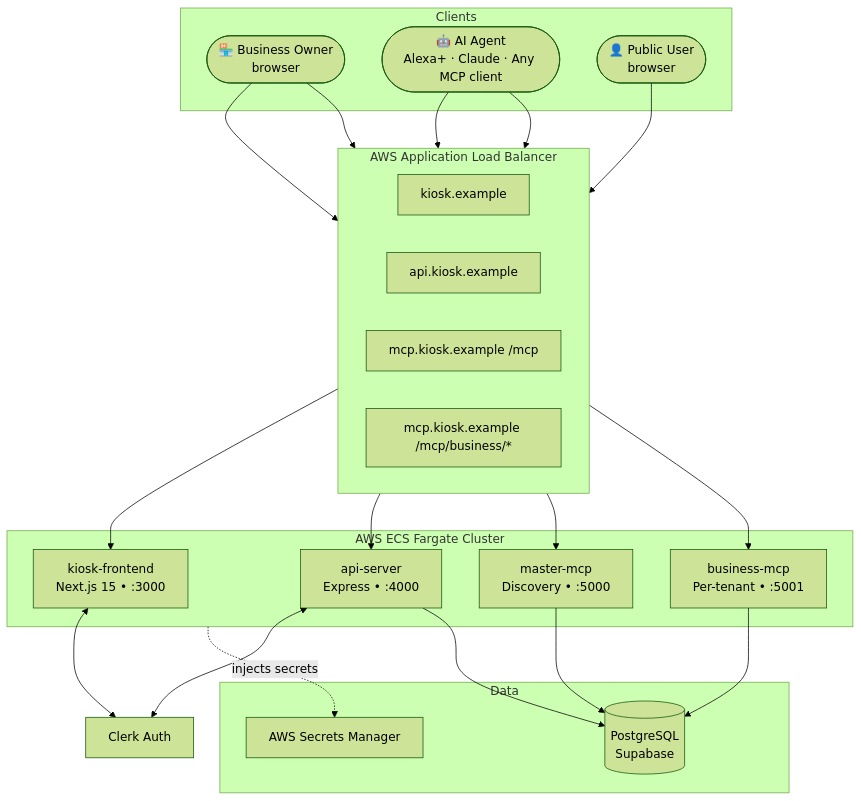
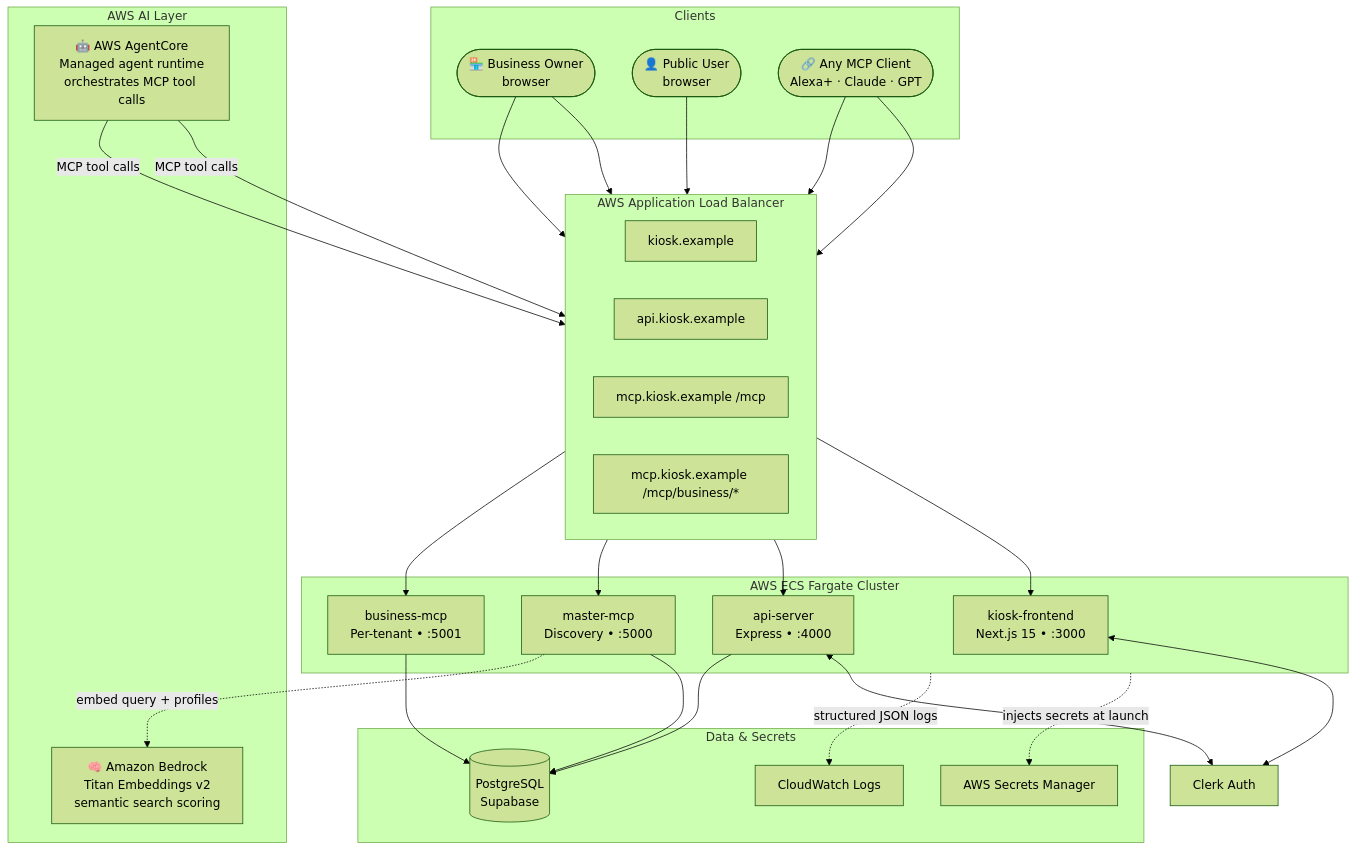
The first of 6 diagrams in README.md (De-real-iManuel/Kiosk-mcp), drawn with Mermaid (forest theme) before and after one commit. The commit also changed other lines of this file and 2 other files, not shown here.

First line of the commit message:
docs: expand README with problem statement and architecture clarity

````diff
--- a/README.md
+++ b/README.md
@@ -53,43 +91,53 @@
 ```mermaid
 flowchart TB
-    subgraph Clients
+    subgraph Clients["Clients"]
         BO(["🏪 Business Owner\nbrowser"])
-        AI(["🤖 AI Agent\nAlexa+ · Claude · Any MCP client"])
         HU(["👤 Public User\nbrowser"])
+        AI(["🔗 Any MCP Client\nAlexa+ · Claude · GPT"])
+    end
+
+    subgraph AWS_AI["AWS AI Layer"]
+        AC["🤖 AWS AgentCore\nManaged agent runtime\norchestrates MCP tool calls"]
+        BR["🧠 Amazon Bedrock\nTitan Embeddings v2\nsemantic search scoring"]
     end
 
     subgraph AWS_ALB["AWS Application Load Balancer"]
         direction LR
         R1["kiosk.example"]
         R2["api.kiosk.example"]
         R3["mcp.kiosk.example /mcp"]
         R4["mcp.kiosk.example /mcp/business/*"]
     end
 
     subgraph ECS["AWS ECS Fargate Cluster"]
         FE["kiosk-frontend\nNext.js 15  •  :3000"]
         API["api-server\nExpress  •  :4000"]
         MMCP["master-mcp\nDiscovery  •  :5000"]
         BMCP["business-mcp\nPer-tenant  •  :5001"]
     end
 
-    subgraph Data
+    subgraph Data["Data & Secrets"]
         DB[("PostgreSQL\nSupabase")]
         SM["AWS Secrets Manager"]
+        CW["CloudWatch Logs"]
     end
 
     CLERK["Clerk Auth"]
 
     BO --> R1 --> FE
     HU --> R1
     BO --> R2 --> API
     AI --> R3 --> MMCP
     AI --> R4 --> BMCP
+    AC -->|"MCP tool calls"| R3
+    AC -->|"MCP tool calls"| R4
 
     FE <--> CLERK
     API <--> CLERK
     API --> DB
     MMCP --> DB
+    MMCP -.->|"embed query + profiles"| BR
     BMCP --> DB
-    ECS -.->|"injects secrets"| SM
+    ECS -.->|"injects secrets at launch"| SM
+    ECS -.->|"structured JSON logs"| CW
 ```
````
